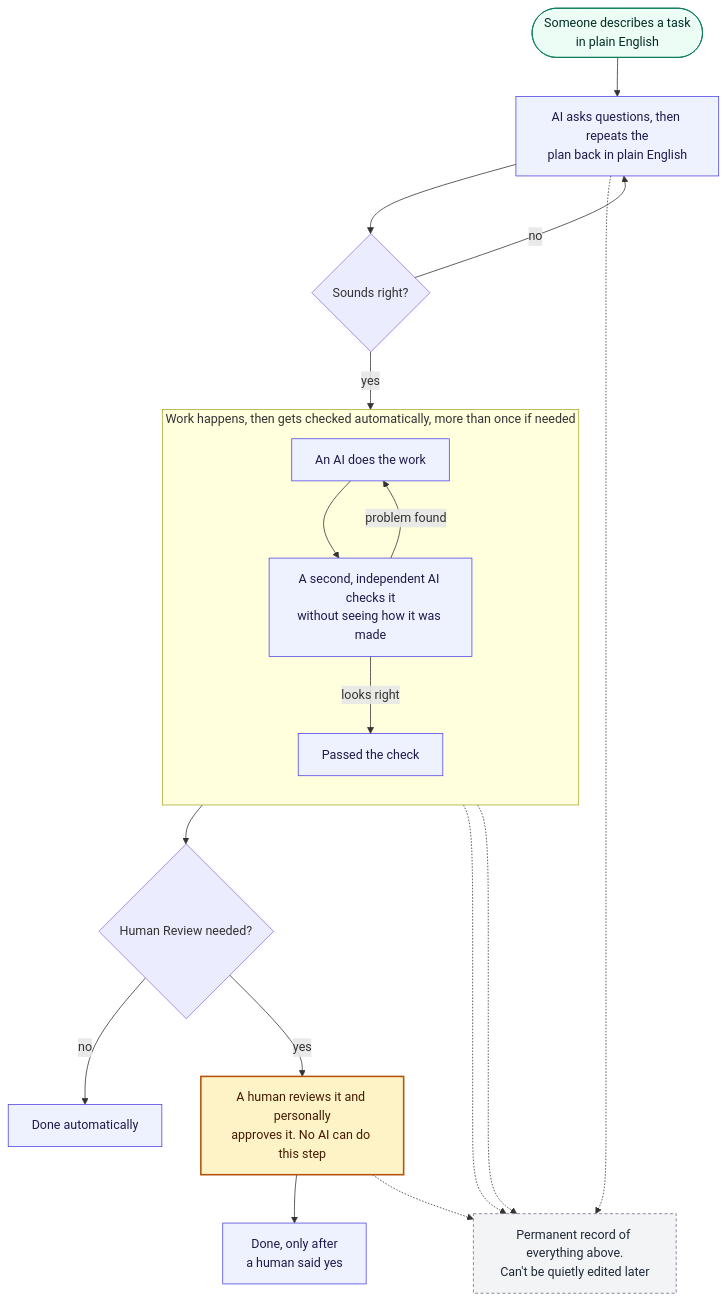
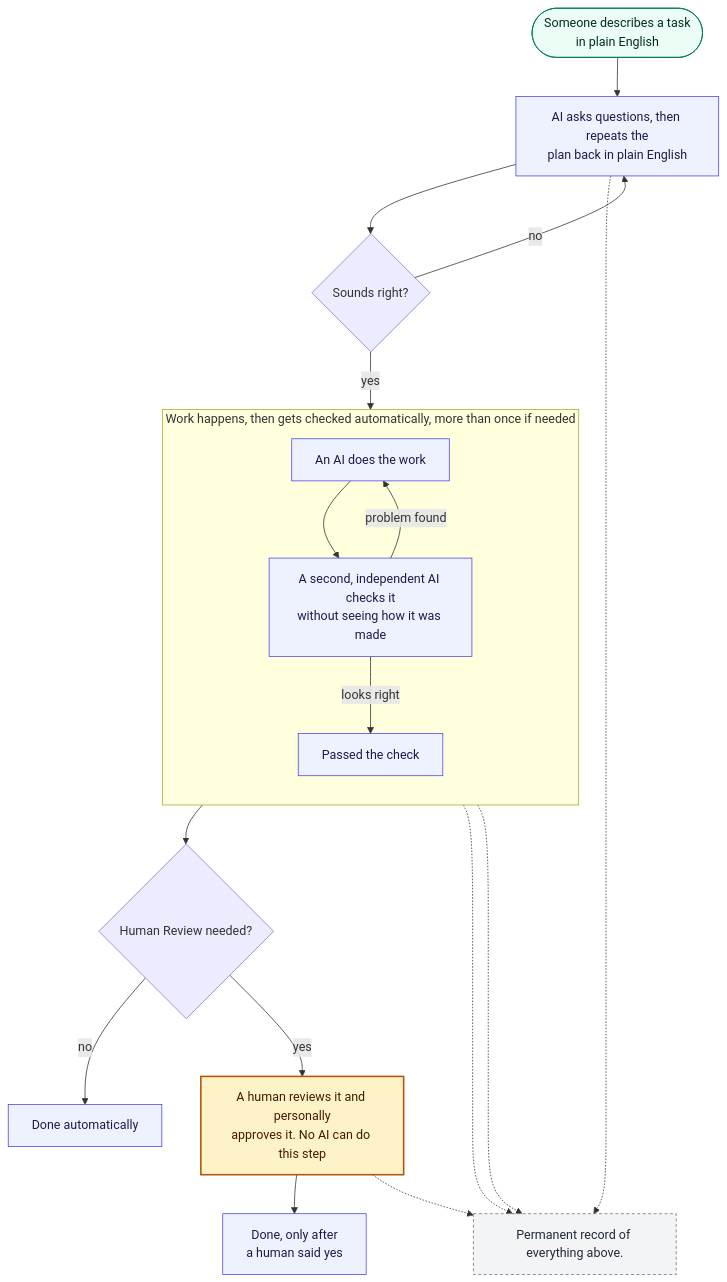
Before and after one commit to amtamaddon/intake: the first of 2 diagrams in README.md, drawn with Mermaid.

Commit message:
Simplify LOG description in README
Removed HTML line breaks from the LOG description.

````diff
--- a/README.md
+++ b/README.md
@@ -24,31 +24,31 @@
 ```mermaid
 flowchart TB
     classDef start fill:#ecfdf5,stroke:#047857,color:#022c22,stroke-width:1px
     classDef ai fill:#eef2ff,stroke:#4f46e5,color:#1e1b4b,stroke-width:1px
     classDef human fill:#fef3c7,stroke:#b45309,color:#451a03,stroke-width:2px
     classDef log fill:#f3f4f6,stroke:#6b7280,color:#1f2937,stroke-width:1px,stroke-dasharray:4 3
 
     START(["Someone describes a task<br/>in plain English"]):::start --> ASK
 
     ASK["AI asks questions, then repeats the<br/>plan back in plain English"]:::ai --> OK{Sounds right?}
     OK -->|no| ASK
     OK -->|yes| DO
 
     subgraph LOOP["Work happens, then gets checked automatically, more than once if needed"]
         direction TB
         DO["An AI does the work"]:::ai --> CHECK["A second, independent AI checks it<br/>without seeing how it was made"]:::ai
         CHECK -->|problem found| DO
         CHECK -->|looks right| PASS["Passed the check"]:::ai
     end
 
     PASS --> RISK{Human Review needed?}
     RISK -->|no| DONE["Done automatically"]:::ai
     RISK -->|yes| APPROVE["A human reviews it and personally<br/>approves it. No AI can do this step"]:::human
     APPROVE --> DONE2["Done, only after<br/>a human said yes"]:::ai
 
-    LOG["Permanent record of everything above.<br/>Can't be quietly edited later"]:::log
+    LOG["Permanent record of everything above."]:::log
     ASK -.-> LOG
     DO -.-> LOG
     CHECK -.-> LOG
     APPROVE -.-> LOG
 ```
````
